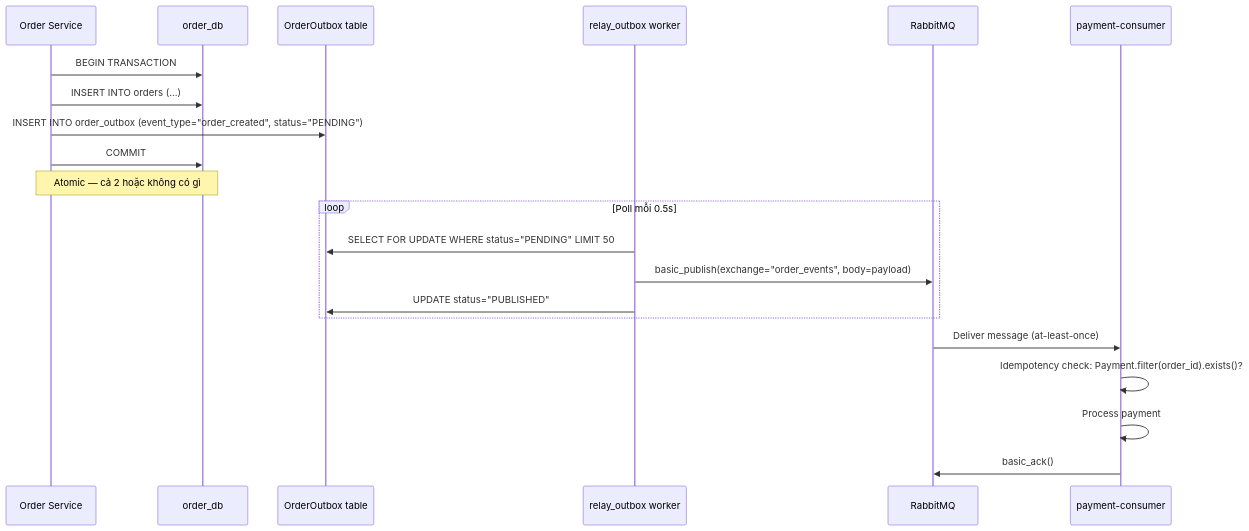
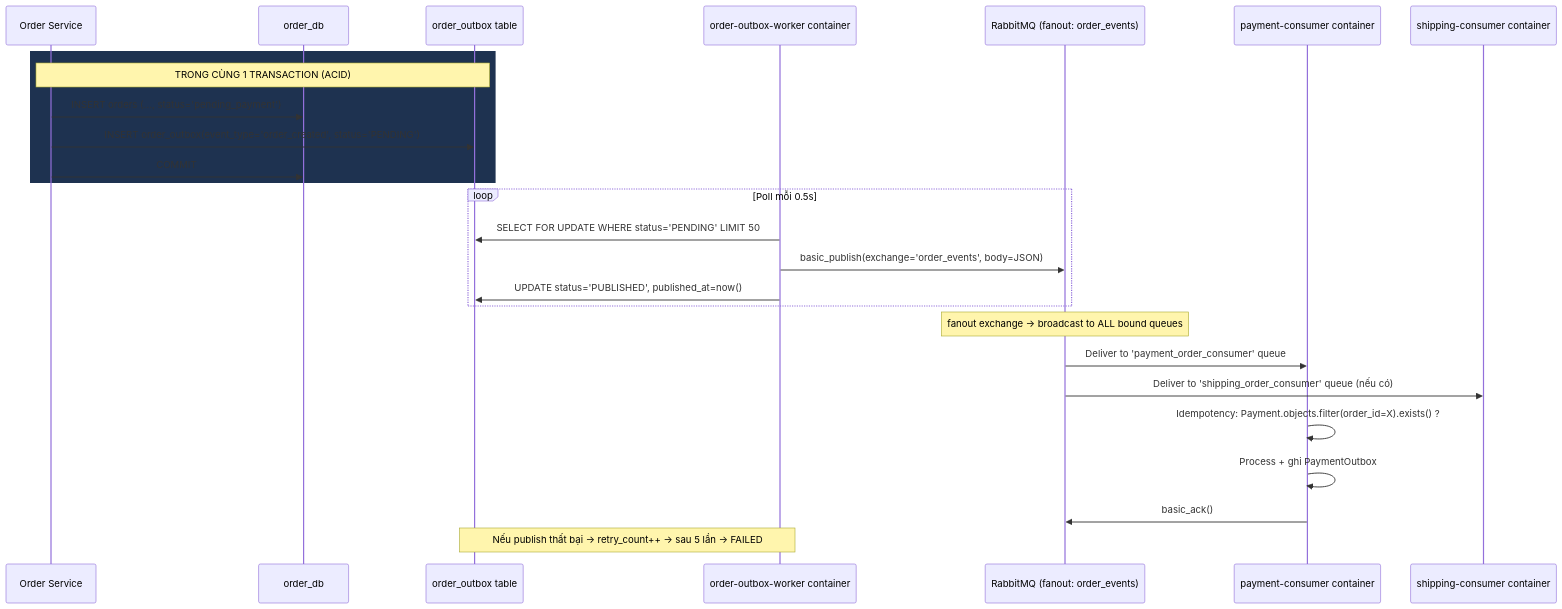
Before and after one commit to minhengdey/bookstore-microservice: the fourth of 12 diagrams in docs/CHUONG2_TAI_LIEU_DU_AN_Ecommerce_ECOM.md, drawn with Mermaid. The commit also changed other lines of this file and 136 other files, not shown here.

````diff
--- a/docs/CHUONG2_TAI_LIEU_DU_AN_Ecommerce_ECOM.md
+++ b/docs/CHUONG2_TAI_LIEU_DU_AN_Ecommerce_ECOM.md
@@ -224,26 +531,33 @@
 ```mermaid
 sequenceDiagram
     participant OS as Order Service
-    participant ODB as order_db
-    participant OBX as OrderOutbox table
-    participant W as relay_outbox worker
-    participant MQ as RabbitMQ
-    participant PC as payment-consumer
+    participant DB as order_db
+    participant OBX as order_outbox table
+    participant W as order-outbox-worker container
+    participant MQ as RabbitMQ (fanout: order_events)
+    participant PC as payment-consumer container
+    participant SC as shipping-consumer container
 
-    OS->>ODB: BEGIN TRANSACTION
-    OS->>ODB: INSERT INTO orders (...)
-    OS->>OBX: INSERT INTO order_outbox (event_type="order_created", status="PENDING")
-    OS->>ODB: COMMIT
-    Note over OS,ODB: Atomic — cả 2 hoặc không có gì
+    rect rgb(30, 50, 80)
+        Note over OS,OBX: TRONG CÙNG 1 TRANSACTION (ACID)
+        OS->>DB: INSERT orders (..., status='pending_payment')
+        OS->>OBX: INSERT order_outbox(event_type='order_created', status='PENDING')
+        OS->>DB: COMMIT
+    end
 
     loop Poll mỗi 0.5s
-        W->>OBX: SELECT FOR UPDATE WHERE status="PENDING" LIMIT 50
-        W->>MQ: basic_publish(exchange="order_events", body=payload)
-        W->>OBX: UPDATE status="PUBLISHED"
+        W->>OBX: SELECT FOR UPDATE WHERE status='PENDING' LIMIT 50
+        W->>MQ: basic_publish(exchange='order_events', body=JSON)
+        W->>OBX: UPDATE status='PUBLISHED', published_at=now()
     end
 
-    MQ->>PC: Deliver message (at-least-once)
-    PC->>PC: Idempotency check: Payment.filter(order_id).exists()?
-    PC->>PC: Process payment
+    Note over MQ: fanout exchange → broadcast to ALL bound queues
+    MQ->>PC: Deliver to 'payment_order_consumer' queue
+    MQ->>SC: Deliver to 'shipping_order_consumer' queue (nếu có)
+
+    PC->>PC: Idempotency: Payment.objects.filter(order_id=X).exists() ?
+    PC->>PC: Process + ghi PaymentOutbox
     PC->>MQ: basic_ack()
+
+    Note over W,OBX: Nếu publish thất bại → retry_count++ → sau 5 lần → FAILED
 ```
````
